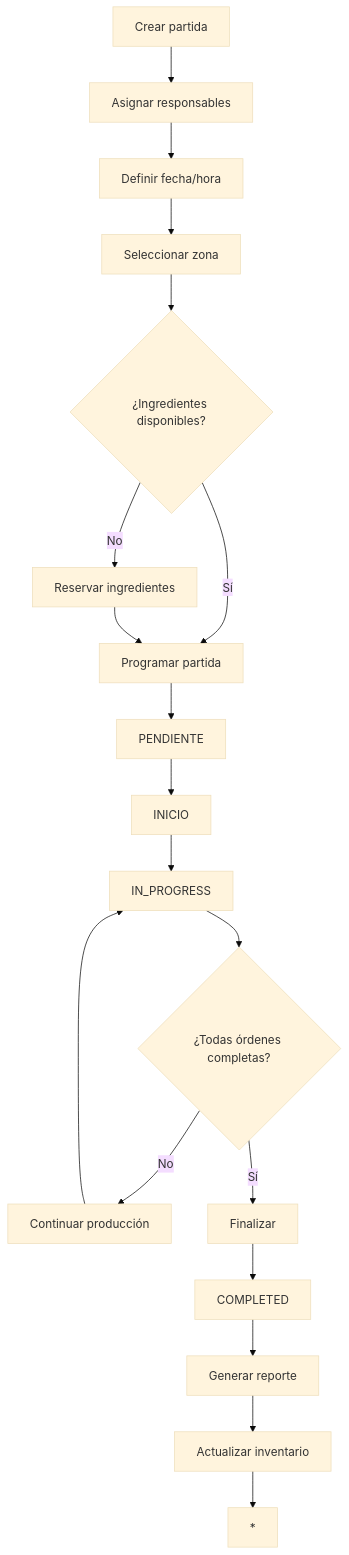
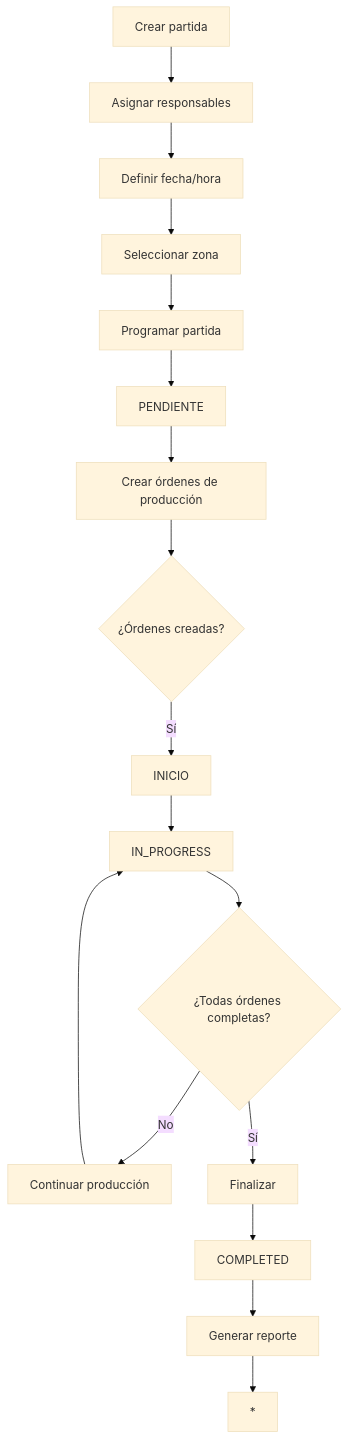
The second of 3 diagrams in docs/production-control-system.md (nemesiovillena/ChefChek), drawn with Mermaid (base theme) before and after one commit. The commit also changed other lines of this file and 21 other files, not shown here.

````diff
--- a/docs/production-control-system.md
+++ b/docs/production-control-system.md
@@ -125,21 +125,19 @@
 ```mermaid
 graph TD
     A[Crear partida] --> B[Asignar responsables]
     B --> C[Definir fecha/hora]
     C --> D[Seleccionar zona]
-    D --> E{¿Ingredientes disponibles?}
-    E -->|No| F[Reservar ingredientes]
-    E -->|Sí| G[Programar partida]
-    F --> G
-    G --> H[PENDIENTE]
-    H --> I[INICIO]
+    D --> E[Programar partida]
+    E --> F[PENDIENTE]
+    F --> G[Crear órdenes de producción]
+    G --> H{¿Órdenes creadas?}
+    H -->|Sí| I[INICIO]
     I --> J[IN_PROGRESS]
     J --> K{¿Todas órdenes completas?}
     K -->|No| L[Continuar producción]
     K -->|Sí| M[Finalizar]
     L --> J
     M --> N[COMPLETED]
     N --> O[Generar reporte]
-    O --> P[Actualizar inventario]
-    P --> Q[*]
+    O --> P[*]
 ```
````
